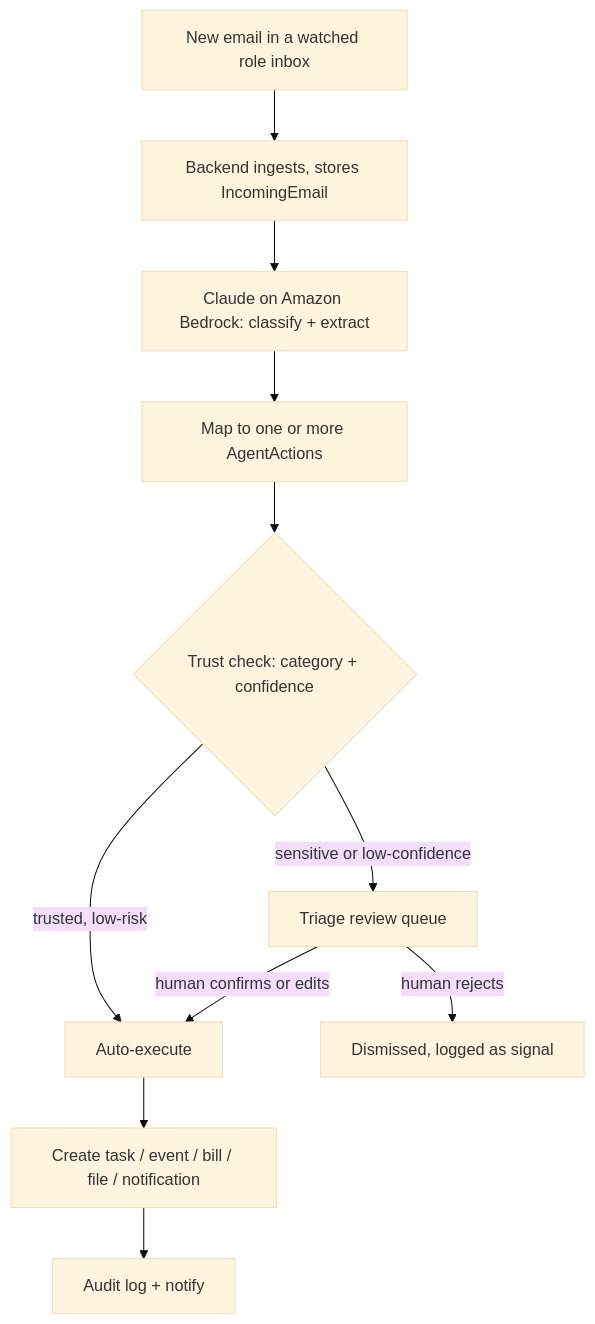
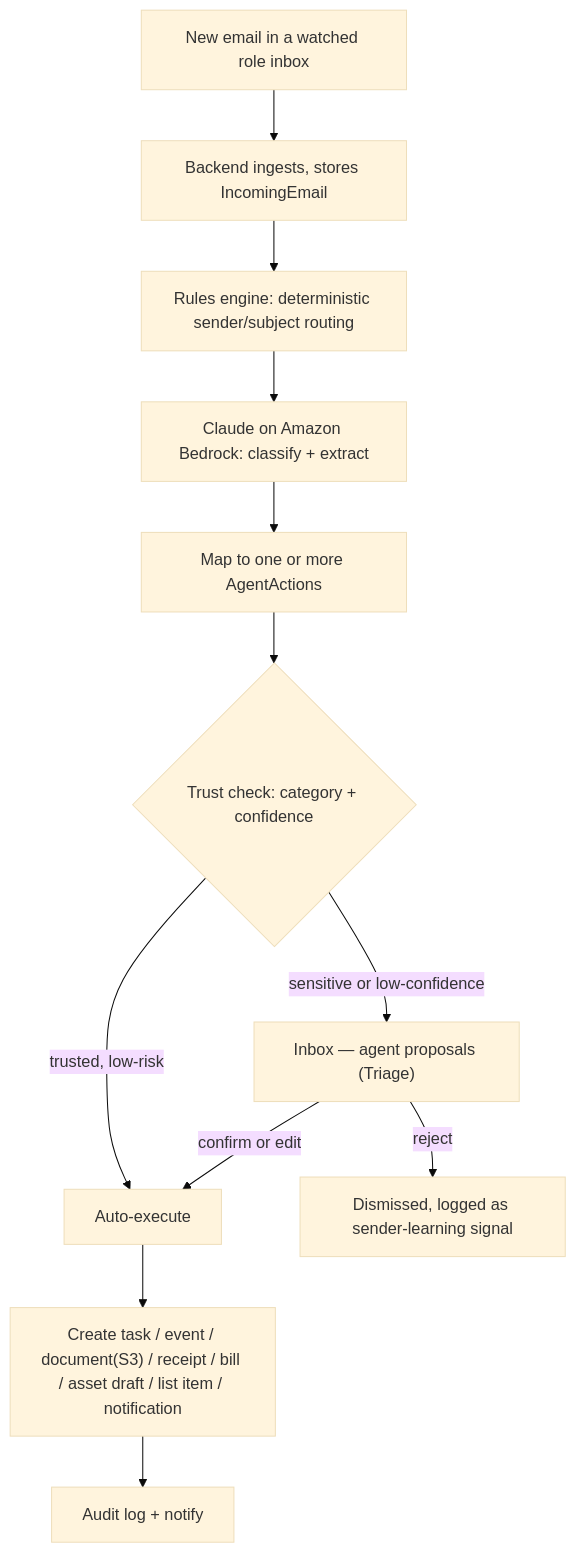
Before and after one commit to alexflav23/kanzen: the second of 3 diagrams in Kanzen-Platform-Spec.md, drawn with Mermaid (base theme). The commit also changed other lines of this file and 26 other files, not shown here.

````diff
--- a/Kanzen-Platform-Spec.md
+++ b/Kanzen-Platform-Spec.md
@@ -176,13 +302,14 @@
 ```mermaid
 flowchart TD
     A["New email in a watched role inbox"] --> B["Backend ingests, stores IncomingEmail"]
-    B --> C["Claude on Amazon Bedrock: classify + extract"]
-    C --> D["Map to one or more AgentActions"]
-    D --> E{"Trust check: category + confidence"}
-    E -->|"trusted, low-risk"| F["Auto-execute"]
-    E -->|"sensitive or low-confidence"| G["Triage review queue"]
-    G -->|"human confirms or edits"| F
-    G -->|"human rejects"| H["Dismissed, logged as signal"]
-    F --> I["Create task / event / bill / file / notification"]
-    I --> J["Audit log + notify"]
+    B --> C["Rules engine: deterministic sender/subject routing"]
+    C --> D["Claude on Amazon Bedrock: classify + extract"]
+    D --> E["Map to one or more AgentActions"]
+    E --> F{"Trust check: category + confidence"}
+    F -->|"trusted, low-risk"| G["Auto-execute"]
+    F -->|"sensitive or low-confidence"| H["Inbox — agent proposals (Triage)"]
+    H -->|"confirm or edit"| G
+    H -->|"reject"| I["Dismissed, logged as sender-learning signal"]
+    G --> J["Create task / event / document(S3) / receipt / bill / asset draft / list item / notification"]
+    J --> K["Audit log + notify"]
 ```
````
